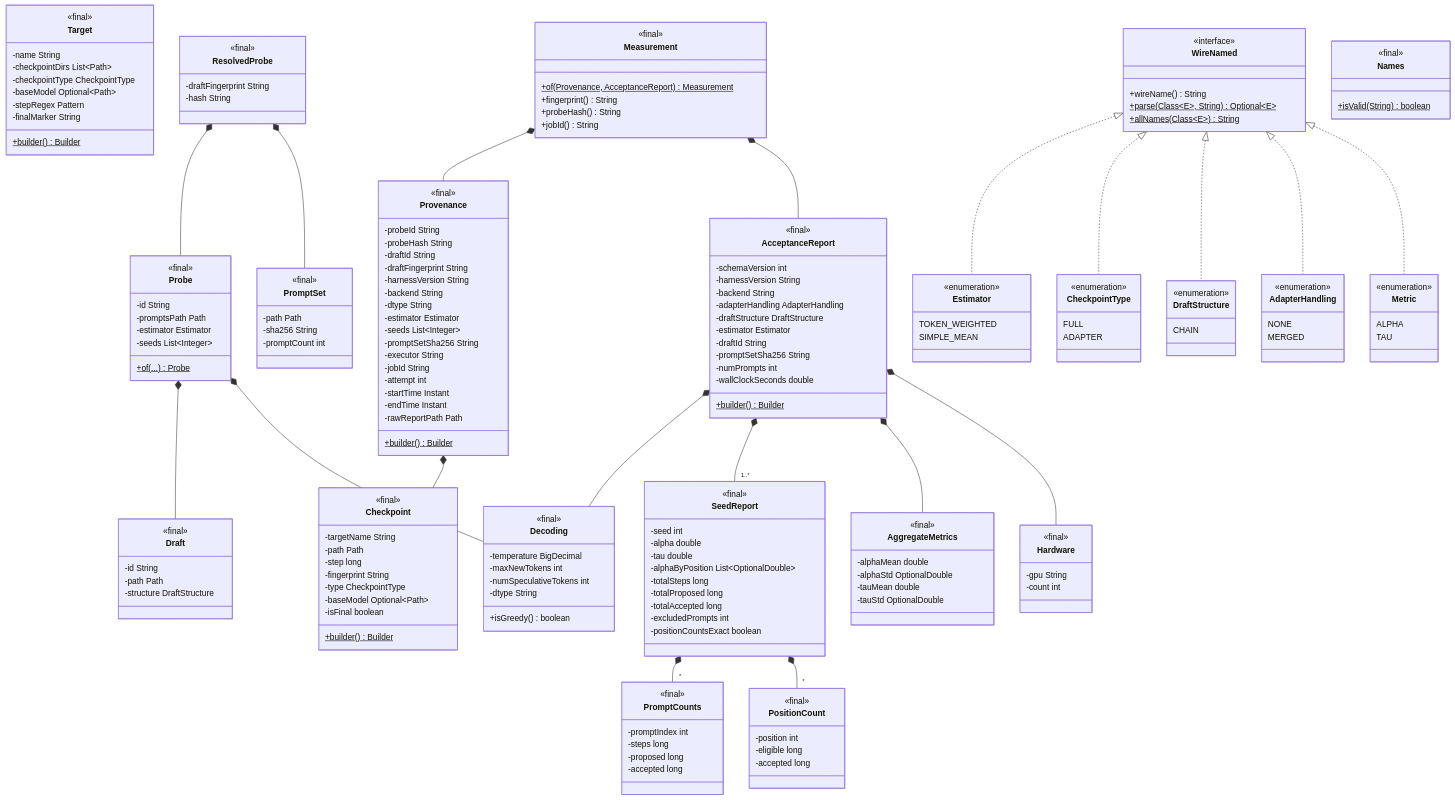
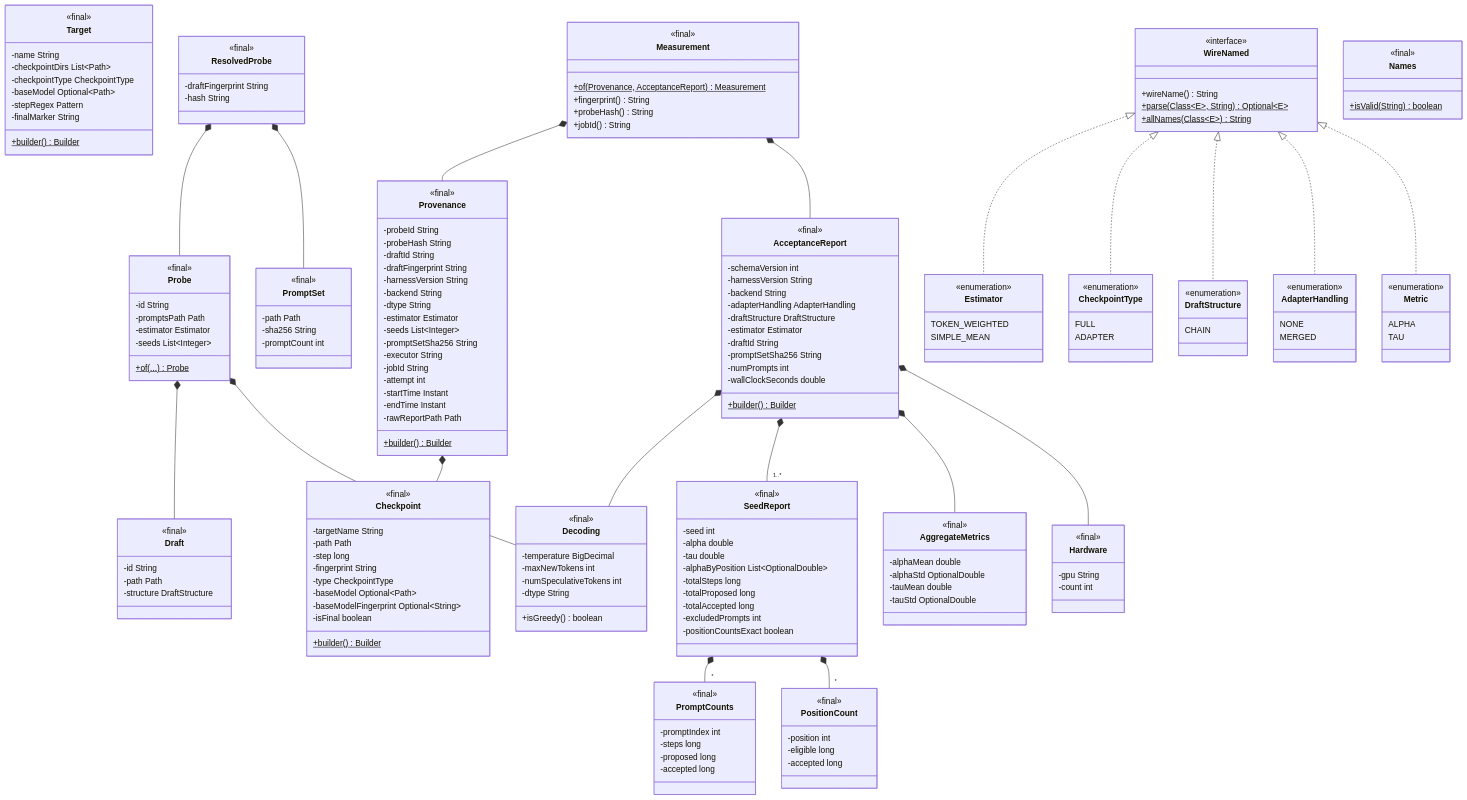
One commit to ritikmahy5/draftwatch changed the third of 9 diagrams in docs/uml/class-diagram.md. Above: the diagram before and after it, drawn with Mermaid. The commit also changed other lines of this file and 1 other file, not shown here.

Commit message:
docs: describe adapter identity in SPEC and class diagram

```diff
--- a/docs/uml/class-diagram.md
+++ b/docs/uml/class-diagram.md
@@ -285,6 +285,7 @@
     -fingerprint String
     -type CheckpointType
     -baseModel Optional~Path~
+    -baseModelFingerprint Optional~String~
     -isFinal boolean
     +builder()$ Builder
   }
```
